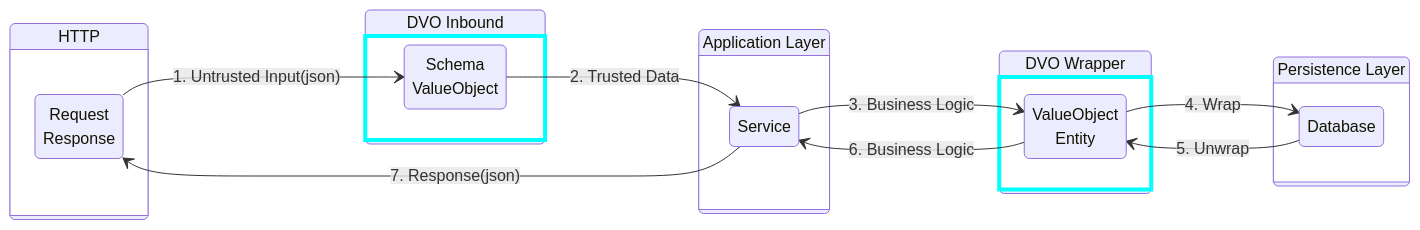
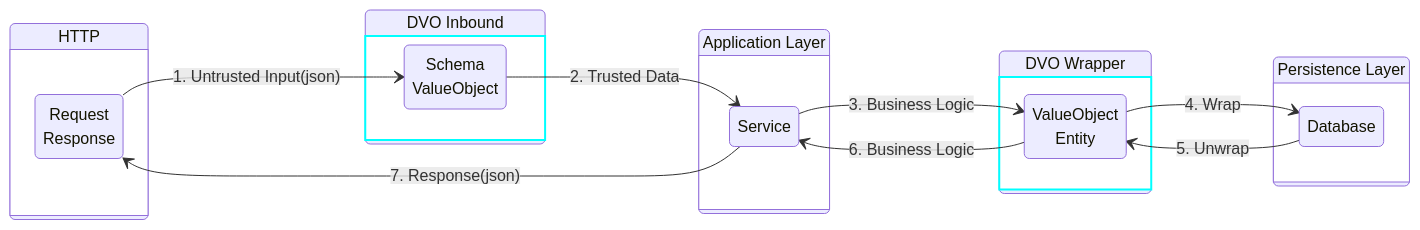
Before and after one commit to kcmvp/dvo: the diagram in README.md, drawn with Mermaid.

Commit message:
adjust document

````diff
--- a/README.md
+++ b/README.md
@@ -37,37 +37,37 @@
 ```mermaid
 stateDiagram-v2
     direction LR
 
     state "HTTP" as ext {
         direction TB
         A: Request<br>Response
     }
 
     state "DVO Inbound" as dvo {
         V: Schema<br>ValueObject
     }
 
     state "Application Layer" as app {
         S: Service
     }
 
     state "Persistence Layer" as per {
         DB: Database
     }
     
     state "DVO Wrapper" as outbound {
         W: ValueObject<br>Entity
     }
 
     A --> V : 1. Untrusted Input(json)
     V --> S : 2. Trusted Data
     S --> W : 3. Business Logic
     W --> DB : 4. Wrap
     DB --> W : 5. Unwrap
     W --> S : 6. Business Logic
     S --> A : 7. Response(json)
 
-    classDef dvoStyle stroke:cyan,stroke-width:4px
+    classDef dvoStyle stroke:cyan,stroke-width:2px
     class dvo dvoStyle
     class outbound dvoStyle
 ```
````
